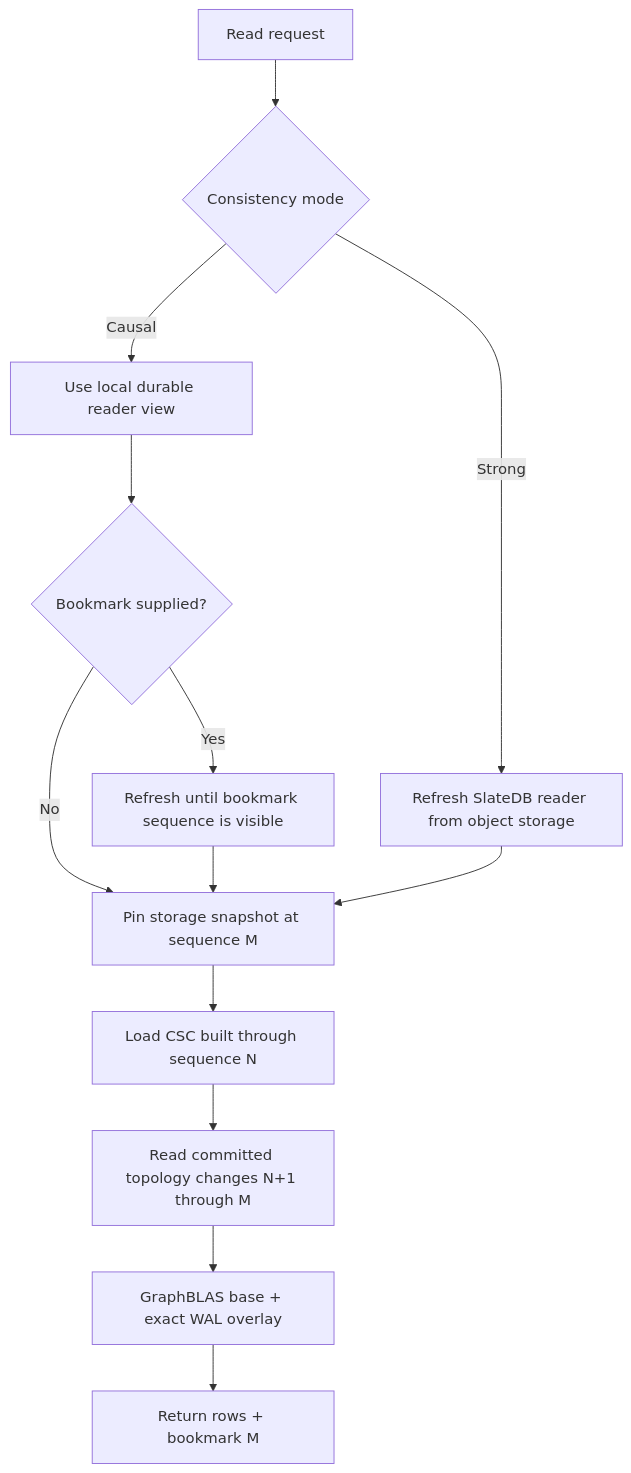
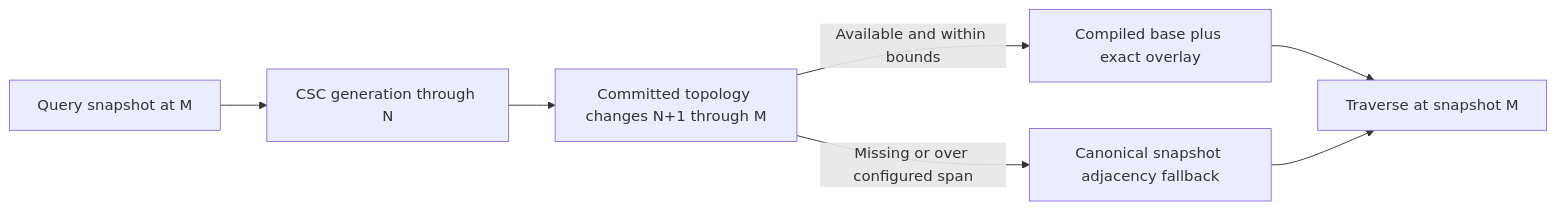
Before and after one commit to BHAVIKA44/hydraddb: the fifth of 10 diagrams in architecture.md, drawn with Mermaid. The commit also changed other lines of this file and 4 other files, not shown here.

````diff
--- a/architecture.md
+++ b/architecture.md
@@ -181,26 +313,14 @@
 ```mermaid
-flowchart TB
-    READ["Read request"]
-    MODE{"Consistency mode"}
+flowchart LR
+    QUERY["Query snapshot at M"]
+    BASE["CSC generation through N"]
+    TAIL["Committed topology changes N+1 through M"]
+    OVERLAY["Compiled base plus exact overlay"]
+    EXECUTE["Traverse at snapshot M"]
+    FALLBACK["Canonical snapshot adjacency fallback"]
 
-    CAUSAL["Use local durable reader view"]
-    BOOKMARK{"Bookmark supplied?"}
-    WAIT["Refresh until bookmark sequence is visible"]
-    STRONG["Refresh SlateDB reader from object storage"]
-    PIN["Pin storage snapshot at sequence M"]
-
-    BASE["Load CSC built through sequence N"]
-    WALTAIL["Read committed topology changes N+1 through M"]
-    COMBINE["GraphBLAS base + exact WAL overlay"]
-    RETURN["Return rows + bookmark M"]
-
-    READ --> MODE
-    MODE -->|"Causal"| CAUSAL --> BOOKMARK
-    BOOKMARK -->|"No"| PIN
-    BOOKMARK -->|"Yes"| WAIT --> PIN
-    MODE -->|"Strong"| STRONG --> PIN
-    PIN --> BASE
-    BASE --> WALTAIL
-    WALTAIL --> COMBINE
-    COMBINE --> RETURN
+    QUERY --> BASE
+    BASE --> TAIL
+    TAIL -->|"Available and within bounds"| OVERLAY --> EXECUTE
+    TAIL -->|"Missing or over configured span"| FALLBACK --> EXECUTE
 ```
````
